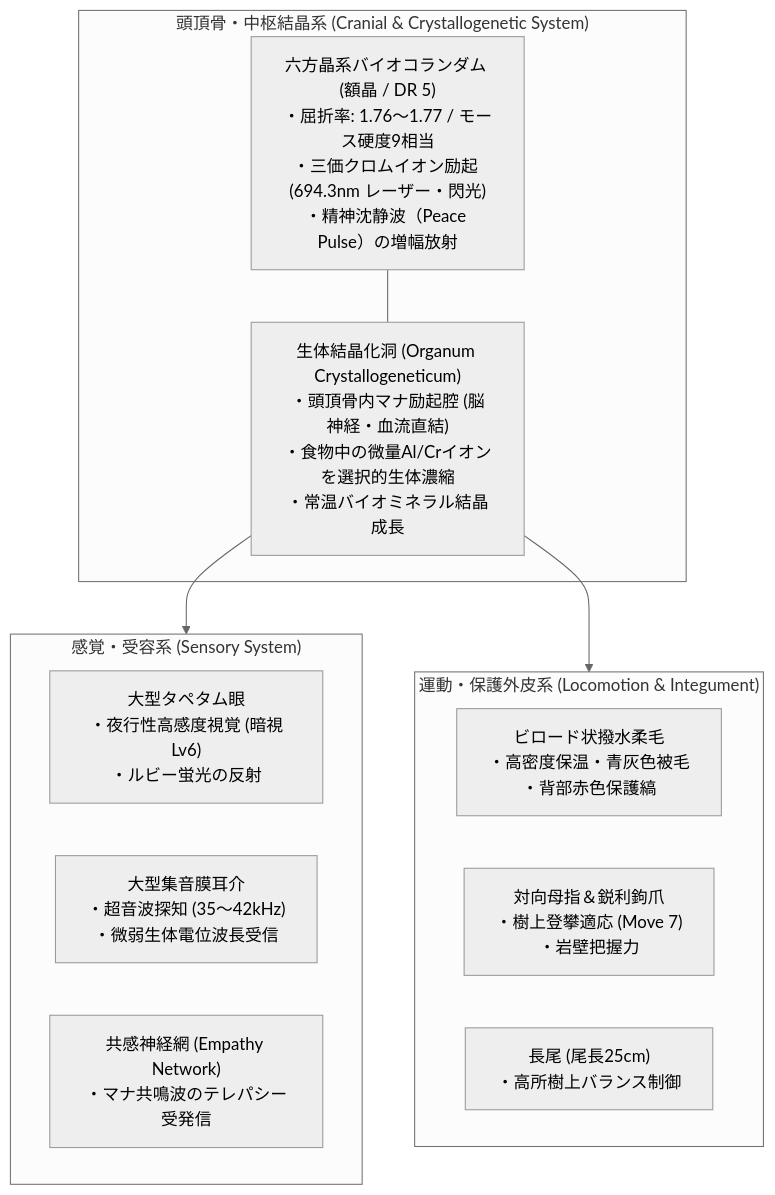
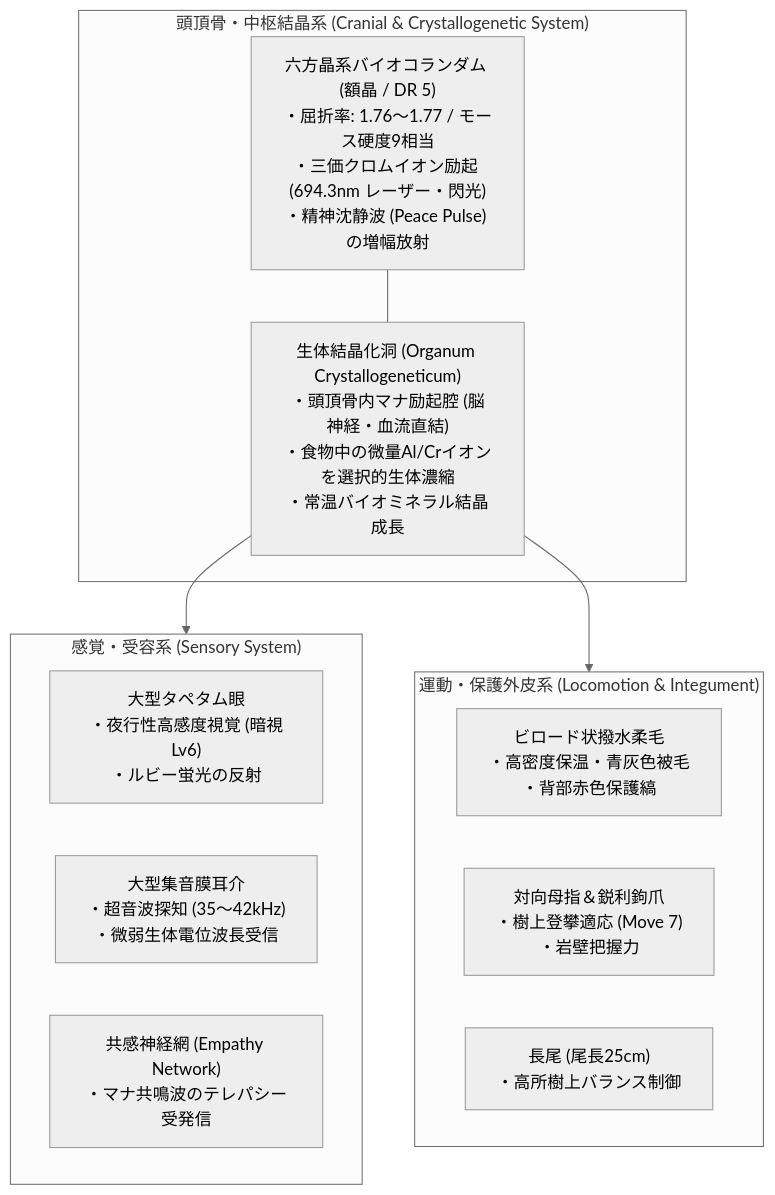
Before and after one commit to takenoriohno-cloud/world-building: the first of 2 diagrams in creatures/006_carbuncle.md, drawn with Mermaid (neutral theme). The commit also changed other lines of this file and 12 other files, not shown here.

Commit message:
feature/updateCreature add:南米地図追加

````diff
--- a/creatures/006_carbuncle.md
+++ b/creatures/006_carbuncle.md
@@ -23,24 +77,24 @@
 ```mermaid
 flowchart TD
-    %% 紅玉小獣カーバンクル 生体結晶化・器官連関構造図
+    %% ベニビタイオポッサム 生体結晶化・器官連関構造図
     subgraph CRANIUM["頭頂骨・中枢結晶系 (Cranial & Crystallogenetic System)"]
-        GEM["六方晶系バイオコランダム (額晶 / DR 5)<br/>・屈折率: 1.76〜1.77 / モース硬度9相当<br/>・三価クロムイオン励起 (694.3nm レーザー・閃光)<br/>・精神沈静波（Peace Pulse）の増幅放射"]
+        GEM["六方晶系バイオコランダム (額晶 / DR 5)<br/>・屈折率: 1.76〜1.77 / モース硬度9相当<br/>・三価クロムイオン励起 (694.3nm レーザー・閃光)<br/>・精神沈静波 (Peace Pulse) の増幅放射"]
         SINUS["生体結晶化洞 (Organum Crystallogeneticum)<br/>・頭頂骨内マナ励起腔 (脳神経・血流直結)<br/>・食物中の微量Al/Crイオンを選択的生体濃縮<br/>・常温バイオミネラル結晶成長"]
         GEM --- SINUS
     end
 
     subgraph SENSORY["感覚・受容系 (Sensory System)"]
         EYE["大型タペタム眼<br/>・夜行性高感度視覚 (暗視Lv6)<br/>・ルビー蛍光の反射"]
         EAR["大型集音膜耳介<br/>・超音波探知 (35〜42kHz)<br/>・微弱生体電位波長受信"]
         EMPATHY["共感神経網 (Empathy Network)<br/>・マナ共鳴波のテレパシー受発信"]
     end
 
     subgraph MOTOR["運動・保護外皮系 (Locomotion & Integument)"]
         FUR["ビロード状撥水柔毛<br/>・高密度保温・青灰色被毛<br/>・背部赤色保護縞"]
         LIMBS["対向母指＆鋭利鉤爪<br/>・樹上登攀適応 (Move 7)<br/>・岩壁把握力"]
         TAIL["長尾 (尾長25cm)<br/>・高所樹上バランス制御"]
     end
 
     SINUS --> SENSORY
     SINUS --> MOTOR
 ```
````
